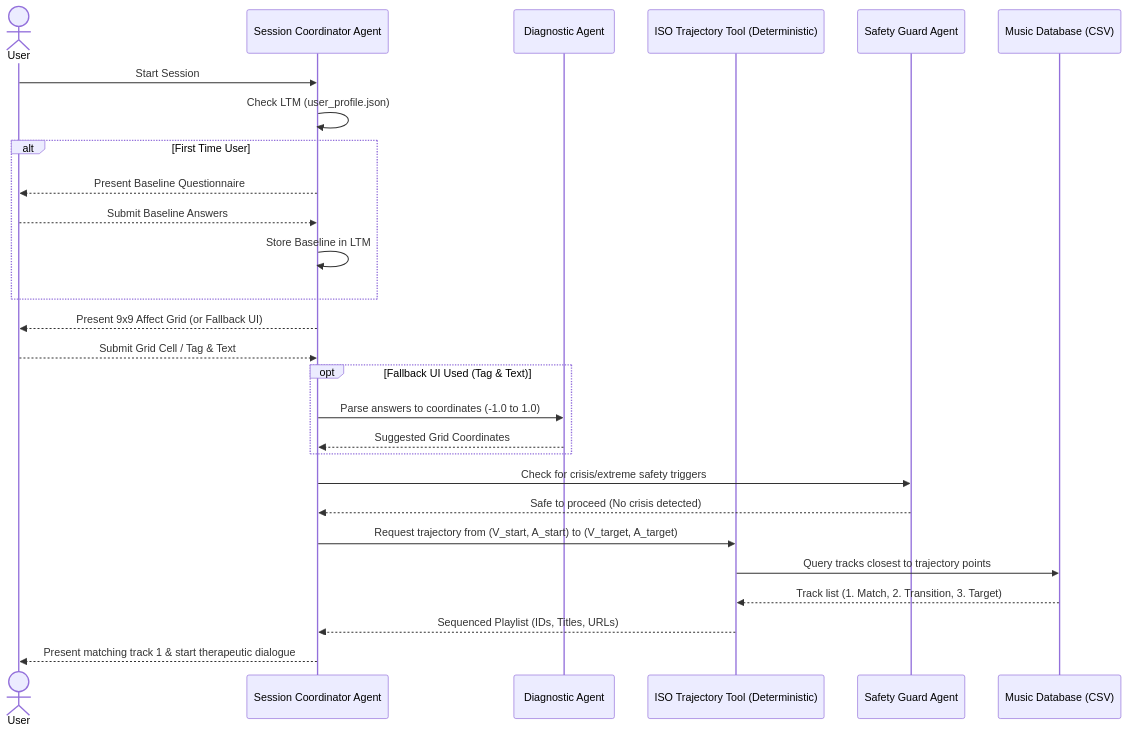
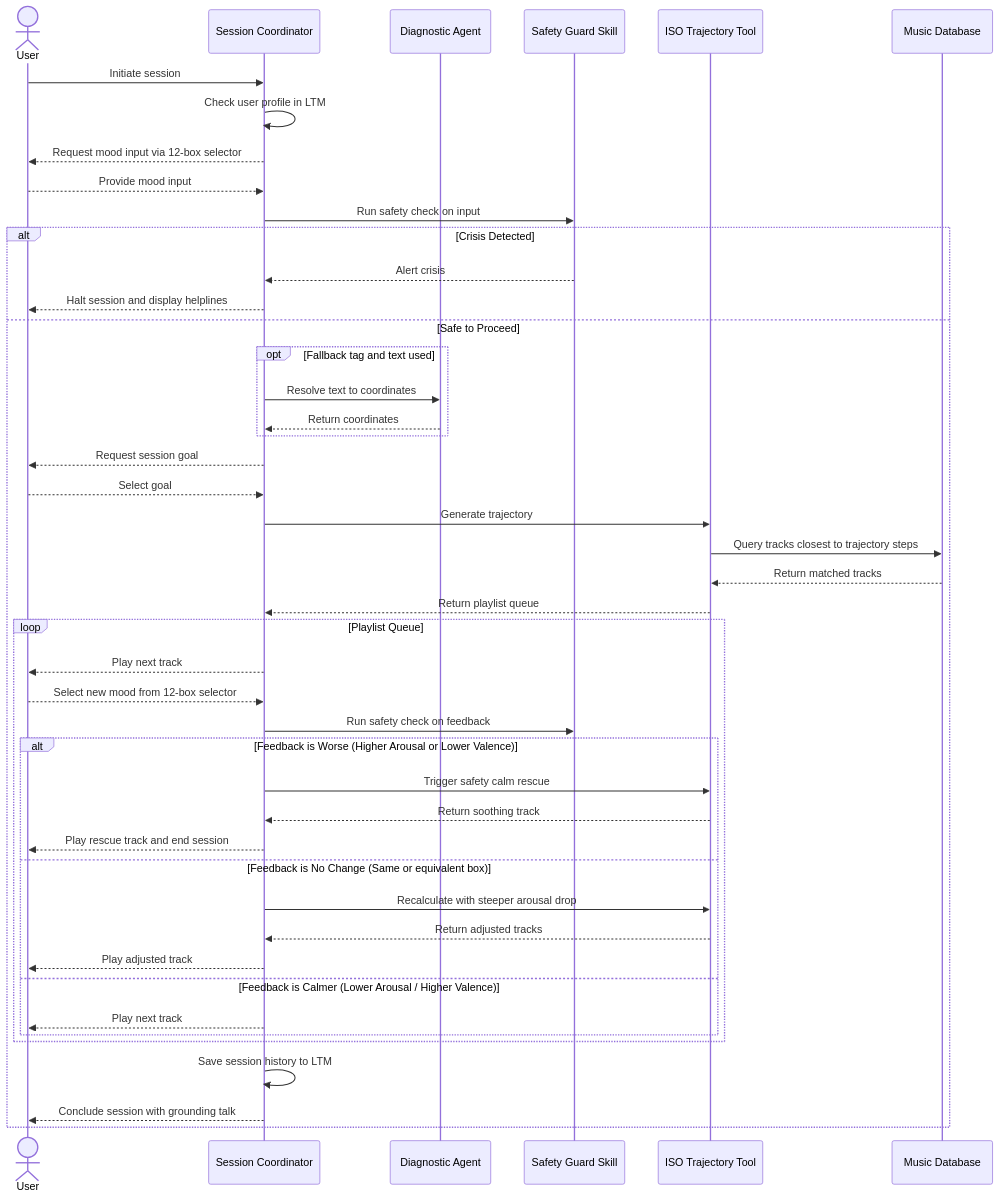
The second of 2 diagrams in Thoughts/implementation_plan.md (bisnu16cse039/AI_based_music_therapy), drawn with Mermaid before and after one commit. The commit also changed other lines of this file and 1 other file, not shown here.

Commit message:
refactor: update implementation plan and document system design for the AI-based music therapy agent.

````diff
--- a/Thoughts/implementation_plan.md
+++ b/Thoughts/implementation_plan.md
@@ -130,30 +121,48 @@
 ```mermaid
 sequenceDiagram
     actor User
-    participant Coord as Session Coordinator Agent
+    participant Coord as Session Coordinator
     participant Diag as Diagnostic Agent
-    participant Traj as ISO Trajectory Tool (Deterministic)
-    participant Safety as Safety Guard Agent
-    participant DB as Music Database (CSV)
+    participant Safety as Safety Guard Skill
+    participant Traj as ISO Trajectory Tool
+    participant DB as Music Database
 
-    User->>Coord: Start Session
-    Coord->>Coord: Check LTM (user_profile.json)
-    alt First Time User
-        Coord-->>User: Present Baseline Questionnaire
-        User-->>Coord: Submit Baseline Answers
-        Coord->>Coord: Store Baseline in LTM
+    User->>Coord: Initiate session
+    Coord->>Coord: Check user profile in LTM
+    Coord-->>User: Request mood input via 12-box selector
+    User-->>Coord: Provide mood input
+    Coord->>Safety: Run safety check on input
+    alt Crisis Detected
+        Safety-->>Coord: Alert crisis
+        Coord-->>User: Halt session and display helplines
+    else Safe to Proceed
+        opt Fallback tag and text used
+            Coord->>Diag: Resolve text to coordinates
+            Diag-->>Coord: Return coordinates
+        end
+        Coord-->>User: Request session goal
+        User-->>Coord: Select goal
+        Coord->>Traj: Generate trajectory
+        Traj->>DB: Query tracks closest to trajectory steps
+        DB-->>Traj: Return matched tracks
+        Traj-->>Coord: Return playlist queue
+        loop Playlist Queue
+            Coord-->>User: Play next track
+            User-->>Coord: Select new mood from 12-box selector
+            Coord->>Safety: Run safety check on feedback
+            alt Feedback is Worse (Higher Arousal or Lower Valence)
+                Coord->>Traj: Trigger safety calm rescue
+                Traj-->>Coord: Return soothing track
+                Coord-->>User: Play rescue track and end session
+            else Feedback is No Change (Same or equivalent box)
+                Coord->>Traj: Recalculate with steeper arousal drop
+                Traj-->>Coord: Return adjusted tracks
+                Coord-->>User: Play adjusted track
+            else Feedback is Calmer (Lower Arousal / Higher Valence)
+                Coord-->>User: Play next track
+            end
+        end
+        Coord->>Coord: Save session history to LTM
+        Coord-->>User: Conclude session with grounding talk
     end
-    Coord-->>User: Present 9x9 Affect Grid (or Fallback UI)
-    User-->>Coord: Submit Grid Cell / Tag & Text
-    opt Fallback UI Used (Tag & Text)
-        Coord->>Diag: Parse answers to coordinates (-1.0 to 1.0)
-        Diag-->>Coord: Suggested Grid Coordinates
-    end
-    Coord->>Safety: Check for crisis/extreme safety triggers
-    Safety-->>Coord: Safe to proceed (No crisis detected)
-    Coord->>Traj: Request trajectory from (V_start, A_start) to (V_target, A_target)
-    Traj->>DB: Query tracks closest to trajectory points
-    DB-->>Traj: Track list (1. Match, 2. Transition, 3. Target)
-    Traj-->>Coord: Sequenced Playlist (IDs, Titles, URLs)
-    Coord-->>User: Present matching track 1 & start therapeutic dialogue
 ```
````
